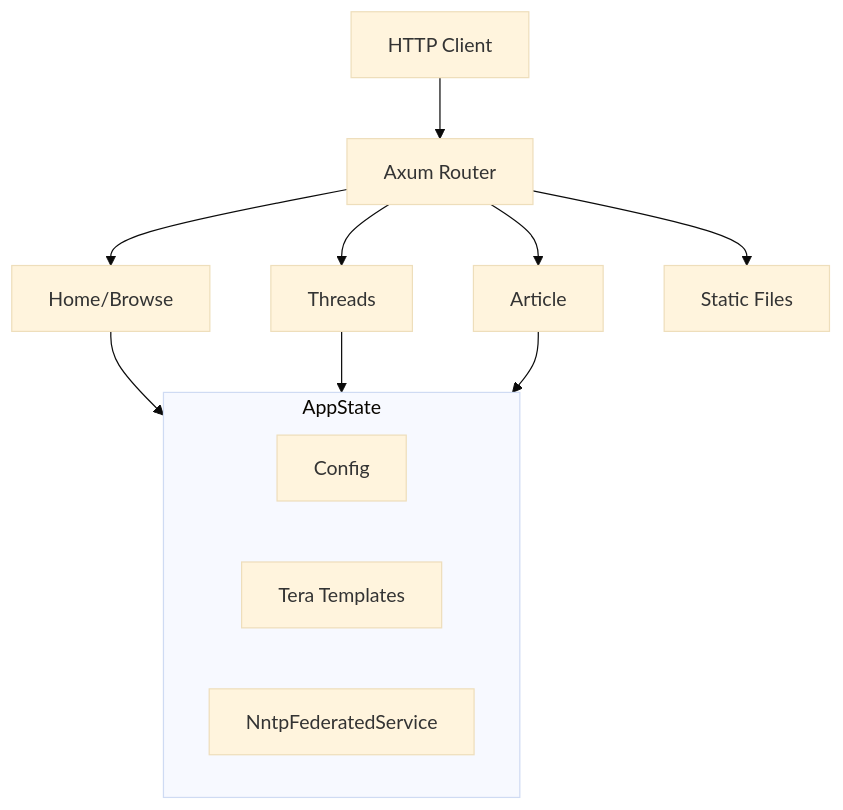
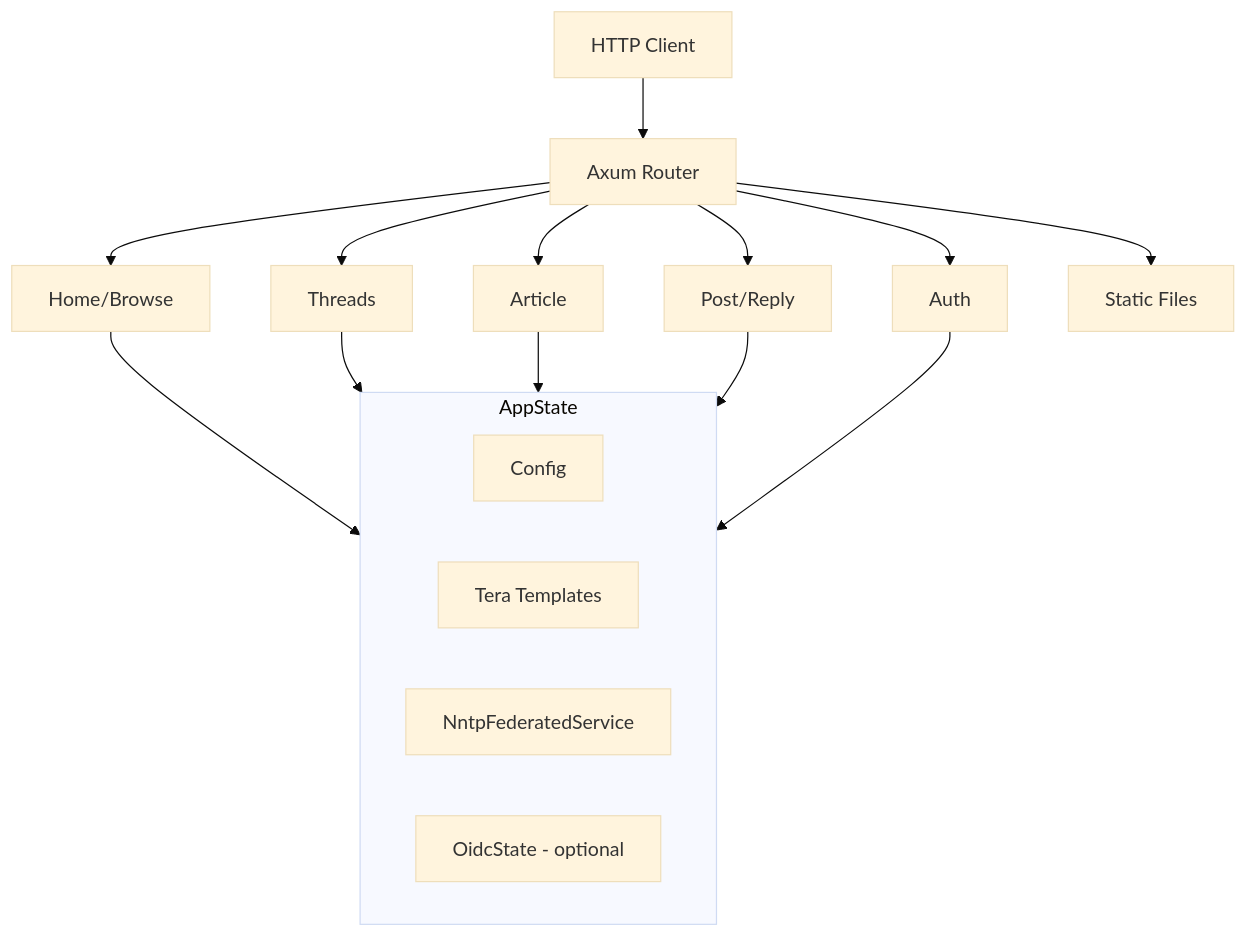
The first of 3 diagrams in docs/architecture.md (forever-august/september), drawn with Mermaid (base theme) before and after one commit. The commit also changed other lines of this file and 3 other files, not shown here.

First line of the commit message:
docs: update documentation for auth, post, and routing

````diff
--- a/docs/architecture.md
+++ b/docs/architecture.md
@@ -21,19 +21,24 @@
 ```mermaid
 graph TB
     Client[HTTP Client] --> Router[Axum Router]
     
     Router --> Home[Home/Browse]
     Router --> Threads[Threads]
     Router --> Article[Article]
+    Router --> Post[Post/Reply]
+    Router --> Auth[Auth]
     Router --> Static[Static Files]
 
     Home --> AppState
     Threads --> AppState
     Article --> AppState
+    Post --> AppState
+    Auth --> AppState
 
     subgraph AppState["AppState"]
         Config[Config]
         Templates[Tera Templates]
         Federated[NntpFederatedService]
+        OIDC[OidcState - optional]
     end
 ```
````
